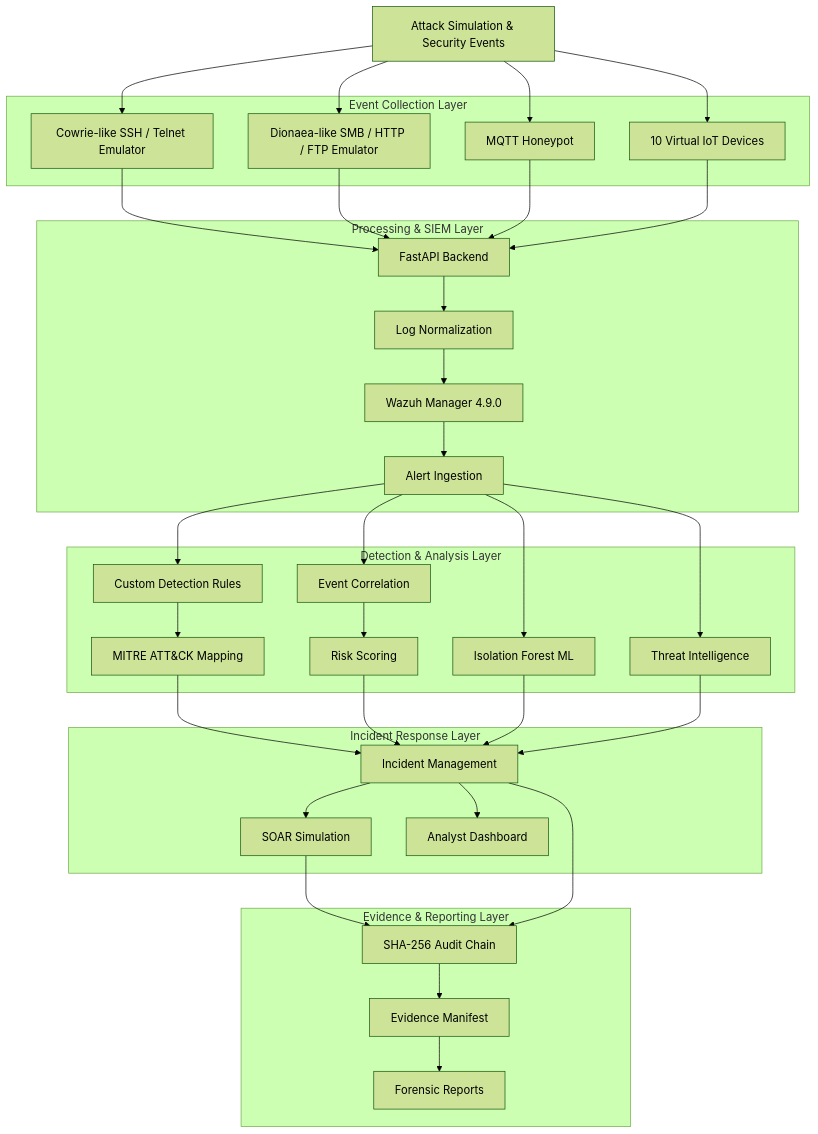
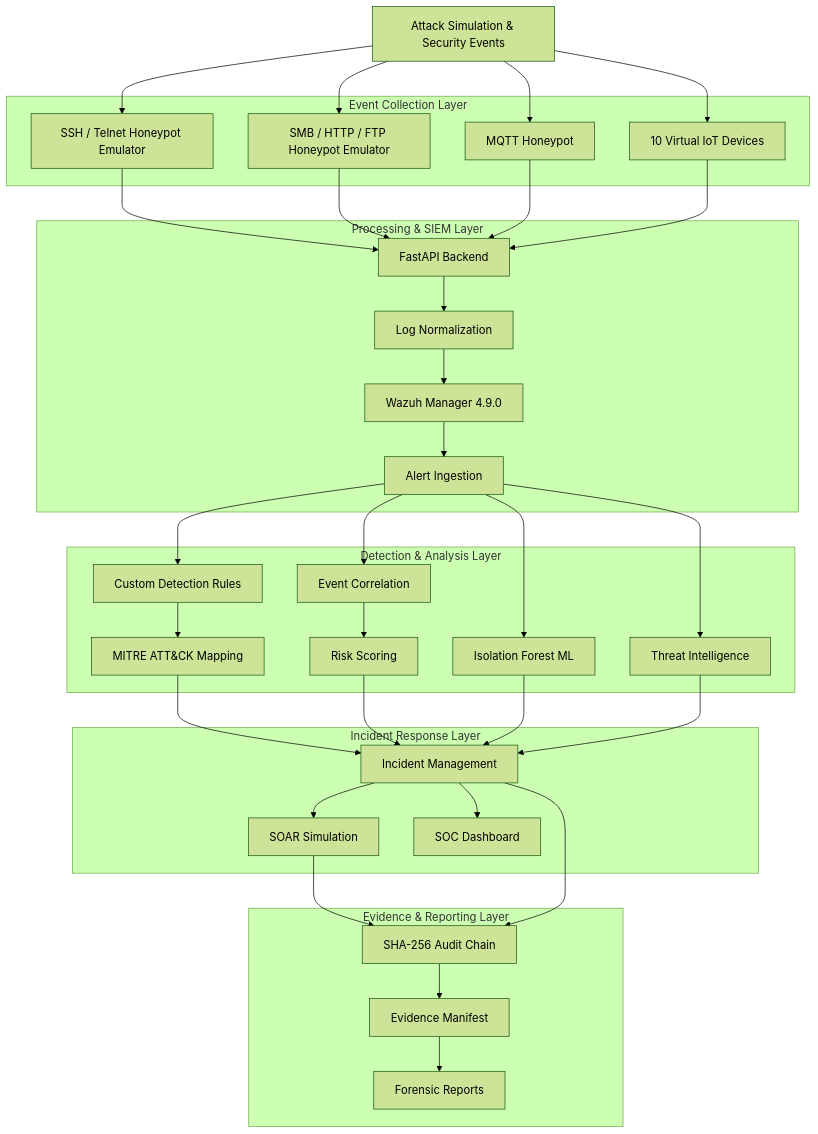
Before and after one commit to chakradhar027/mini-soc-threat-detection-platform: the diagram in README.md, drawn with Mermaid (forest theme). The commit also changed other lines of this file, not shown here.

````diff
--- a/README.md
+++ b/README.md
@@ -54,72 +54,72 @@
 ```mermaid
 flowchart TB
     A["Attack Simulation & Security Events"]
 
     subgraph Collection["Event Collection Layer"]
-        B["Cowrie-like SSH / Telnet Emulator"]
-        C["Dionaea-like SMB / HTTP / FTP Emulator"]
+        B["SSH / Telnet Honeypot Emulator"]
+        C["SMB / HTTP / FTP Honeypot Emulator"]
         D["MQTT Honeypot"]
         E["10 Virtual IoT Devices"]
     end
 
     subgraph Processing["Processing & SIEM Layer"]
         F["FastAPI Backend"]
         G["Log Normalization"]
         H["Wazuh Manager 4.9.0"]
         I["Alert Ingestion"]
     end
 
     subgraph Detection["Detection & Analysis Layer"]
         J["Custom Detection Rules"]
         K["Event Correlation"]
         L["MITRE ATT&CK Mapping"]
         M["Risk Scoring"]
         N["Isolation Forest ML"]
         O["Threat Intelligence"]
     end
 
     subgraph Response["Incident Response Layer"]
         P["Incident Management"]
         Q["SOAR Simulation"]
-        R["Analyst Dashboard"]
+        R["SOC Dashboard"]
     end
 
     subgraph Evidence["Evidence & Reporting Layer"]
         S["SHA-256 Audit Chain"]
         T["Evidence Manifest"]
         U["Forensic Reports"]
     end
 
     A --> B
     A --> C
     A --> D
     A --> E
 
     B --> F
     C --> F
     D --> F
     E --> F
 
     F --> G
     G --> H
     H --> I
 
     I --> J
     I --> K
     J --> L
     K --> M
     I --> N
     I --> O
 
     L --> P
     M --> P
     N --> P
     O --> P
 
     P --> Q
     P --> R
     Q --> S
     P --> S
     S --> T
     T --> U
 ```
````
